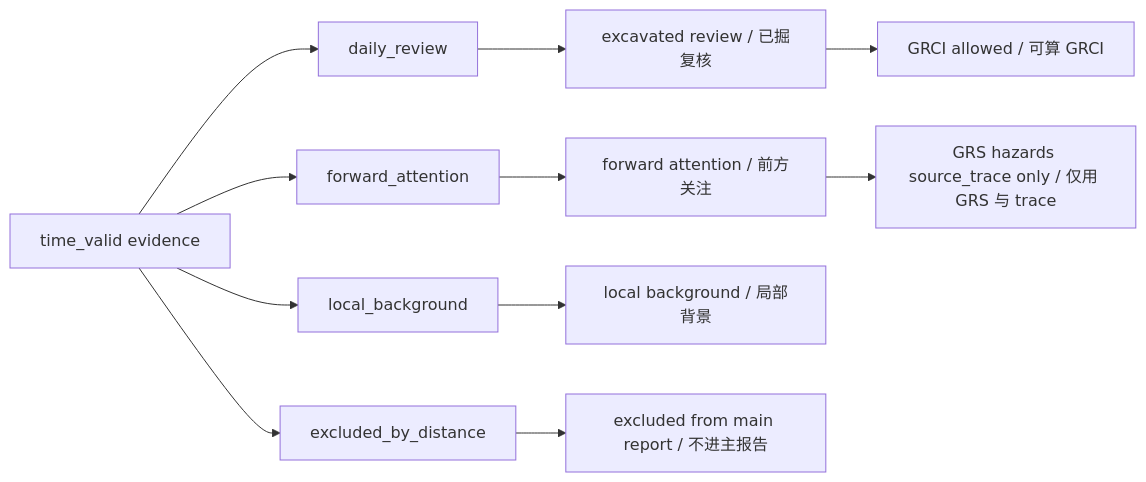
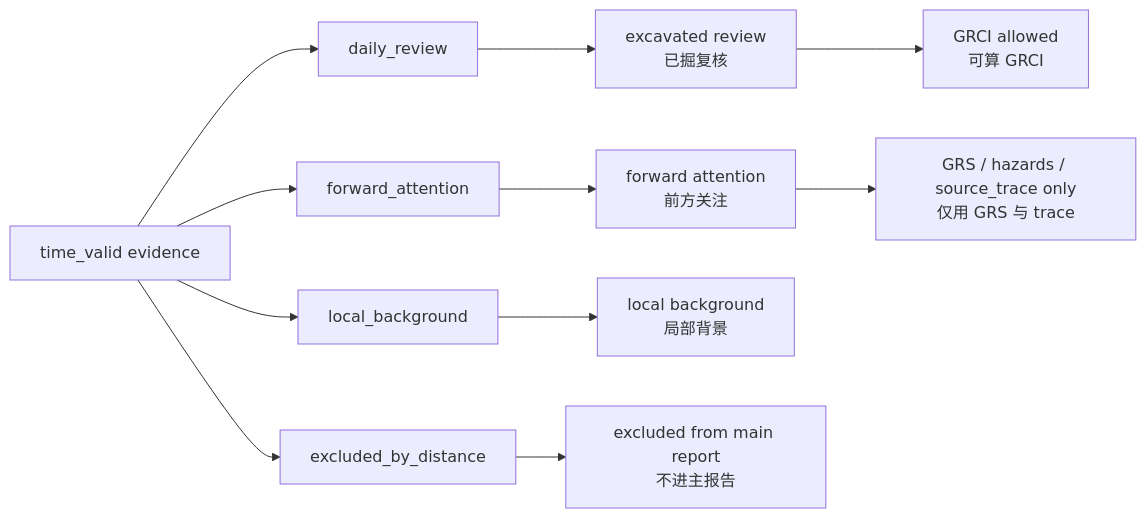
The second of 5 diagrams in backend/docs/system_architecture.md (xiaodazhao/tbm-report), drawn with Mermaid before and after one commit. The commit also changed other lines of this file and 1 other file, not shown here.

Commit message:
Fix Mermaid diagrams for GitHub rendering

````diff
--- a/backend/docs/system_architecture.md
+++ b/backend/docs/system_architecture.md
@@ -71,16 +71,16 @@
 ```mermaid
 flowchart LR
-    A[time_valid evidence] --> B[daily_review]
-    A --> C[forward_attention]
-    A --> D[local_background]
-    A --> E[excluded_by_distance]
+    time_valid["time_valid evidence"] --> review["daily_review"]
+    time_valid --> forward["forward_attention"]
+    time_valid --> background["local_background"]
+    time_valid --> excluded["excluded_by_distance"]
 
-    B --> F[excavated review / 已掘复核]
-    F --> G[GRCI allowed / 可算 GRCI]
+    review --> excavated["excavated review<br/>已掘复核"]
+    excavated --> grci_ok["GRCI allowed<br/>可算 GRCI"]
 
-    C --> H[forward attention / 前方关注]
-    H --> I[GRS hazards source_trace only / 仅用 GRS 与 trace]
+    forward --> forward_tip["forward attention<br/>前方关注"]
+    forward_tip --> grs_only["GRS / hazards / source_trace only<br/>仅用 GRS 与 trace"]
 
-    D --> J[local background / 局部背景]
-    E --> K[excluded from main report / 不进主报告]
+    background --> bg_use["local background<br/>局部背景"]
+    excluded --> excluded_use["excluded from main report<br/>不进主报告"]
 ```
````
